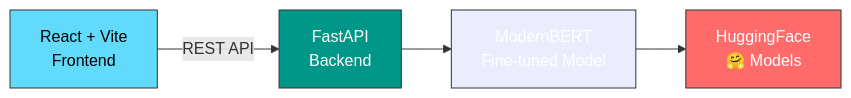
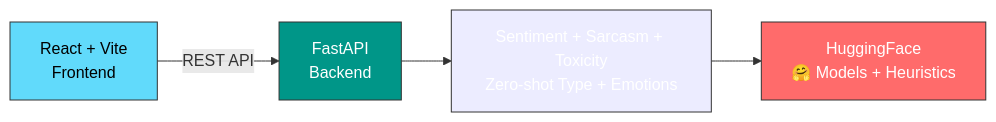
Before and after one commit to MrEmoji27/smart-comment-classification: the first of 2 diagrams in README.md, drawn with Mermaid. The commit also changed other lines of this file and 33 other files, not shown here.

Commit message:
Add ModernBERT workflow, UI refinements, and product demo video

````diff
--- a/README.md
+++ b/README.md
@@ -51,11 +51,11 @@
 ```mermaid
 graph LR
     A[React + Vite<br/>Frontend] -->|REST API| B[FastAPI<br/>Backend]
-    B --> C[ModernBERT<br/>Fine-tuned Model]
-    C --> D[HuggingFace<br/>🤗 Models]
+    B --> C[Sentiment + Sarcasm + Toxicity<br/>Zero-shot Type + Emotions]
+    C --> D[HuggingFace<br/>🤗 Models + Heuristics]
     
     style A fill:#61DAFB,stroke:#333,color:#000
     style B fill:#009688,stroke:#333,color:#fff
     style C fill:#blueviolet,stroke:#333,color:#fff
     style D fill:#ff6b6b,stroke:#333,color:#fff
 ```
````
